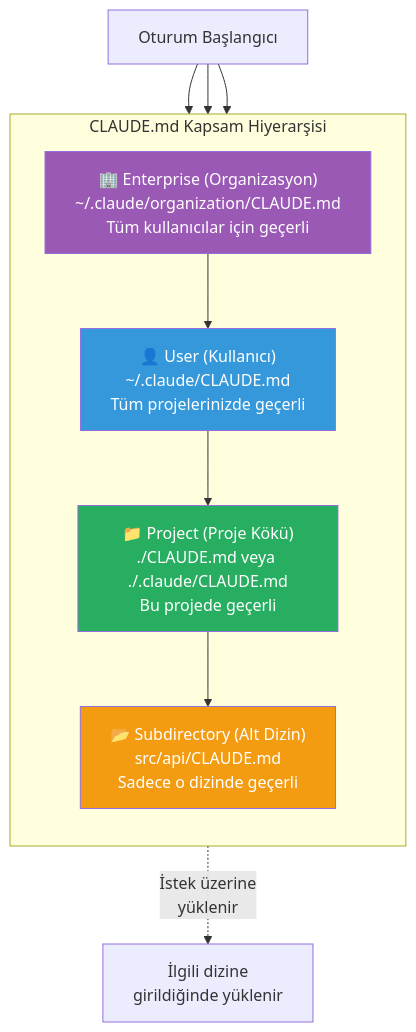
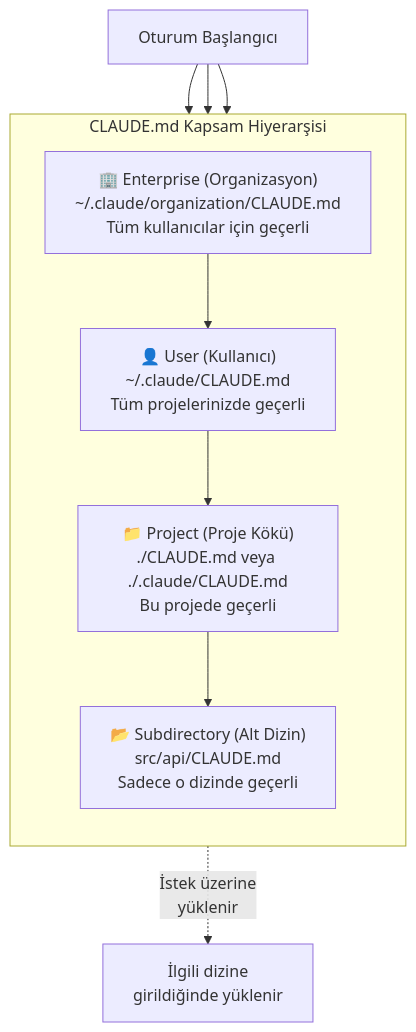
Before and after one commit to IzzetYasinAtes/ClaudeCodeHandbook: the second of 4 diagrams in 09-bellek-ve-baglam/01-claude-md-dosyasi.md, drawn with Mermaid. The commit also changed other lines of this file and 97 other files, not shown here.

Commit message:
Remove all custom Mermaid style/fill colors from 98 markdown files for consistent dark theme rendering

````diff
--- a/09-bellek-ve-baglam/01-claude-md-dosyasi.md
+++ b/09-bellek-ve-baglam/01-claude-md-dosyasi.md
@@ -47,22 +47,18 @@
 ```mermaid
 flowchart TD
     subgraph hierarchy ["CLAUDE.md Kapsam Hiyerarşisi"]
         direction TB
         ORG["🏢 Enterprise (Organizasyon)<br/>~/.claude/organization/CLAUDE.md<br/>Tüm kullanıcılar için geçerli"]
         USER["👤 User (Kullanıcı)<br/>~/.claude/CLAUDE.md<br/>Tüm projelerinizde geçerli"]
         PROJ["📁 Project (Proje Kökü)<br/>./CLAUDE.md veya ./.claude/CLAUDE.md<br/>Bu projede geçerli"]
         SUB["📂 Subdirectory (Alt Dizin)<br/>src/api/CLAUDE.md<br/>Sadece o dizinde geçerli"]
     end
 
     ORG --> USER --> PROJ --> SUB
 
     LOAD["Oturum Başlangıcı"] --> ORG
     LOAD --> USER
     LOAD --> PROJ
     SUB -.->|"İstek üzerine<br/>yüklenir"| ONDEMAND["İlgili dizine<br/>girildiğinde yüklenir"]
 
-    style ORG fill:#9B59B6,color:#fff
-    style USER fill:#3498DB,color:#fff
-    style PROJ fill:#27AE60,color:#fff
-    style SUB fill:#F39C12,color:#fff
 ```
````
